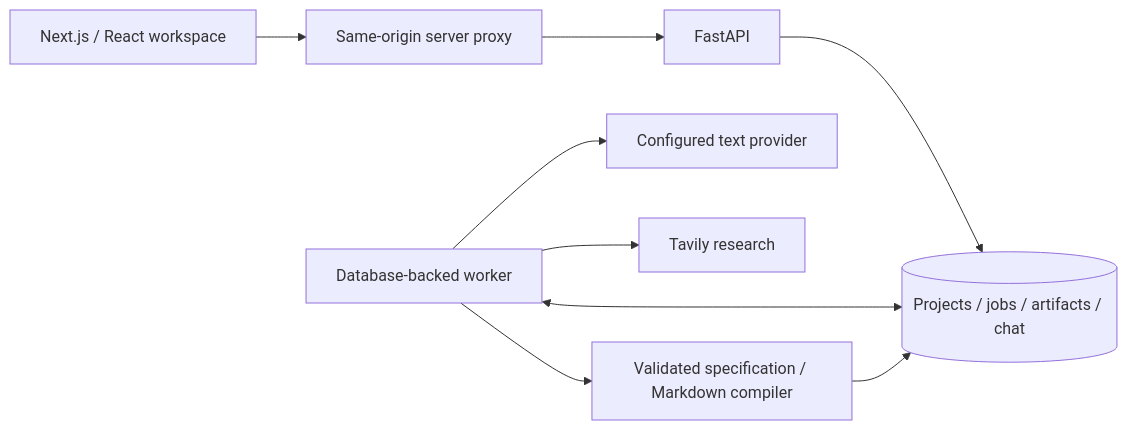
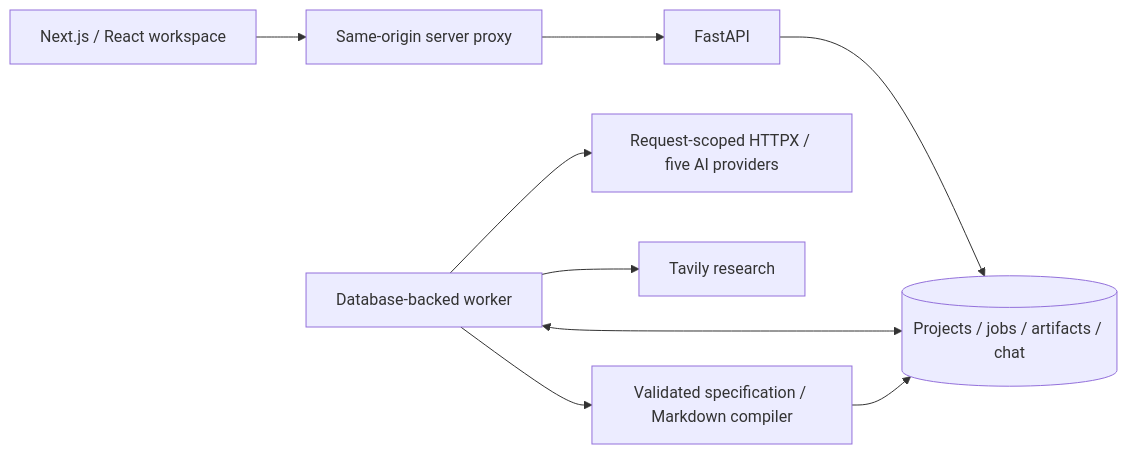
The second of 2 diagrams in README.md (Muneer320/exHacker), drawn with Mermaid before and after one commit. The commit also changed other lines of this file and 9 other files, not shown here.

````diff
--- a/README.md
+++ b/README.md
@@ -184,11 +195,11 @@
 ```mermaid
 flowchart LR
     Browser[Next.js / React workspace] --> Proxy[Same-origin server proxy]
     Proxy --> API[FastAPI]
     API --> DB[(Projects / jobs / artifacts / chat)]
     Worker[Database-backed worker] <--> DB
-    Worker --> LLM[Configured text provider]
+    Worker --> LLM[Request-scoped HTTPX / five AI providers]
     Worker --> Web[Tavily research]
     Worker --> MD[Validated specification / Markdown compiler]
     MD --> DB
 ```
````
